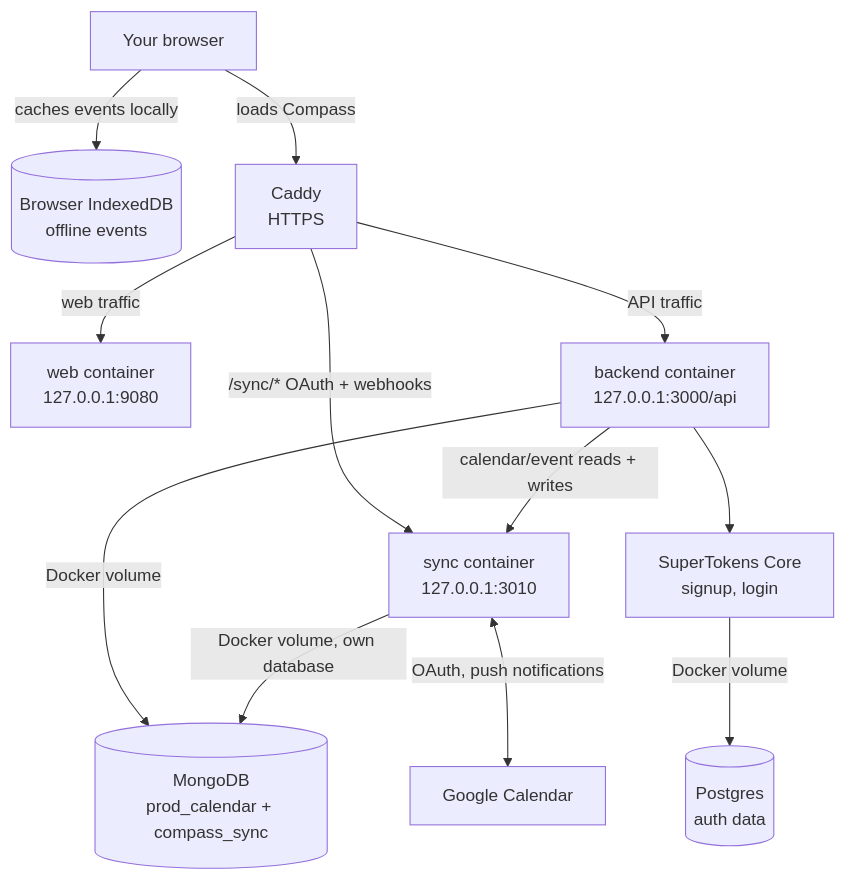
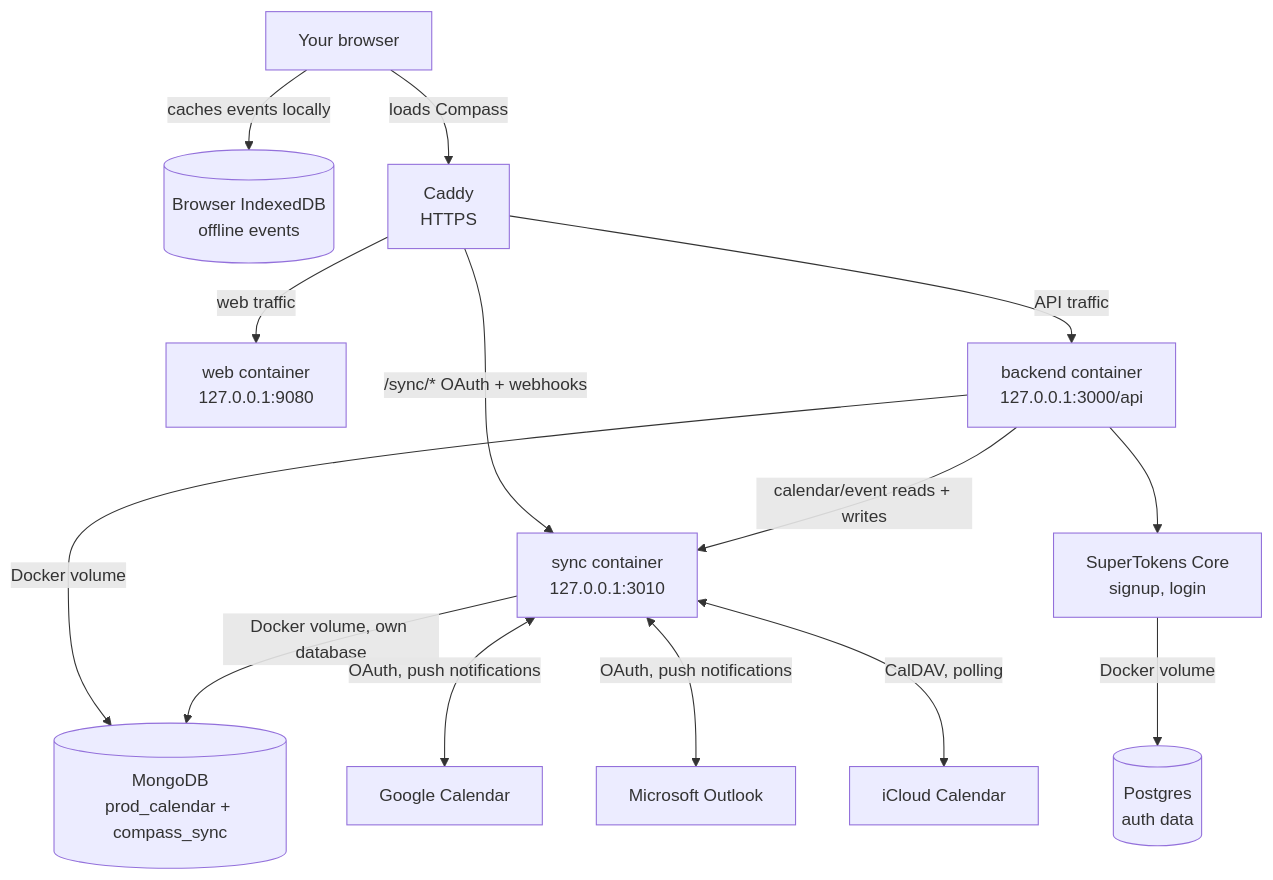
One commit to SwitchbackTech/compass changed the diagram in docs/self-hosting/README.md. Above: the diagram before and after it, drawn with Mermaid. The commit also changed other lines of this file and 7 other files, not shown here.

````diff
--- a/docs/self-hosting/README.md
+++ b/docs/self-hosting/README.md
@@ -17,25 +17,29 @@
 ```mermaid
 flowchart TD
     browser[Your browser]
     indexeddb[(Browser IndexedDB<br/>offline events)]
     caddy[Caddy<br/>HTTPS]
     web[web container<br/>127.0.0.1:9080]
     backend[backend container<br/>127.0.0.1:3000/api]
     sync[sync container<br/>127.0.0.1:3010]
     mongo[(MongoDB<br/>prod_calendar + compass_sync)]
     supertokens[SuperTokens Core<br/>signup, login]
     postgres[(Postgres<br/>auth data)]
     google[Google Calendar]
+    microsoft[Microsoft Outlook]
+    apple[iCloud Calendar]
 
     browser -->|loads Compass| caddy
     caddy -->|web traffic| web
     caddy -->|API traffic| backend
     caddy -->|/sync/* OAuth + webhooks| sync
     browser -->|caches events locally| indexeddb
     backend -->|Docker volume| mongo
     backend -->|calendar/event reads + writes| sync
     backend --> supertokens
     sync -->|Docker volume, own database| mongo
     sync <-->|OAuth, push notifications| google
+    sync <-->|OAuth, push notifications| microsoft
+    sync <-->|CalDAV, polling| apple
     supertokens -->|Docker volume| postgres
 ```
````
